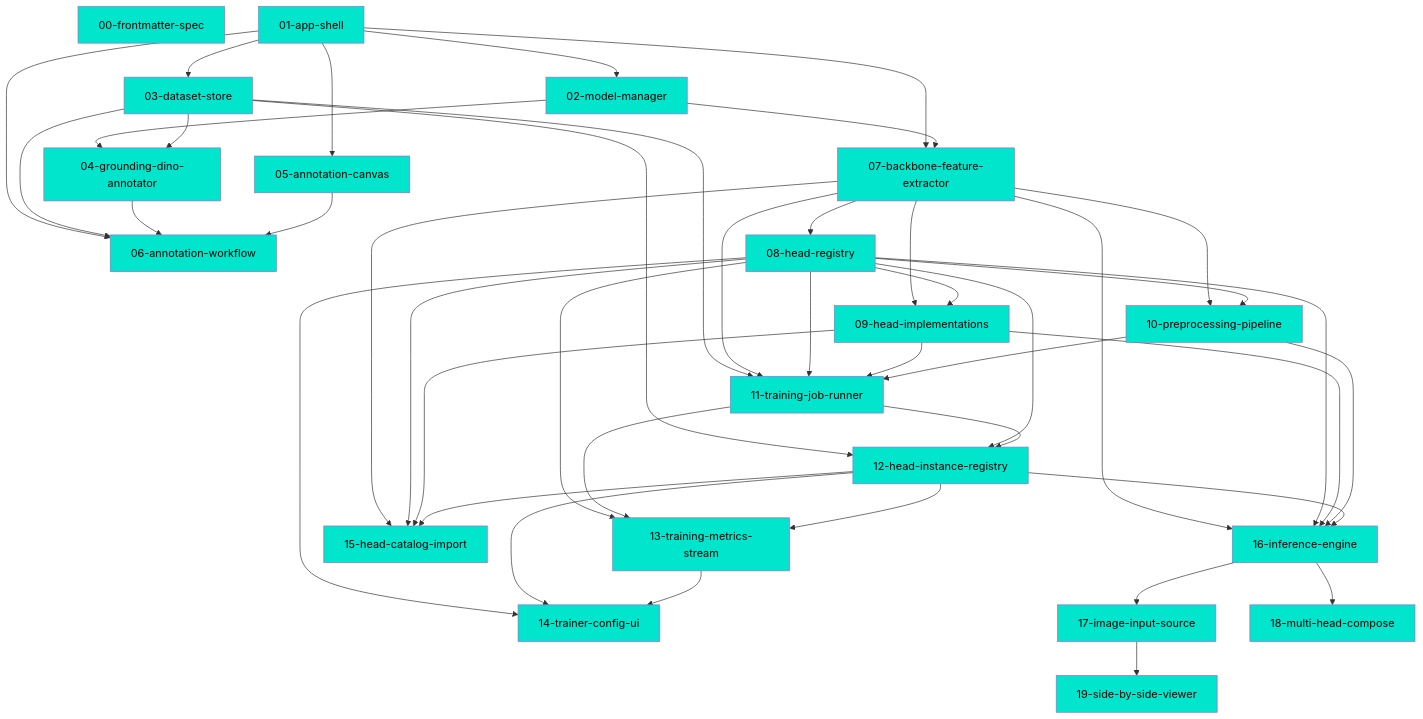
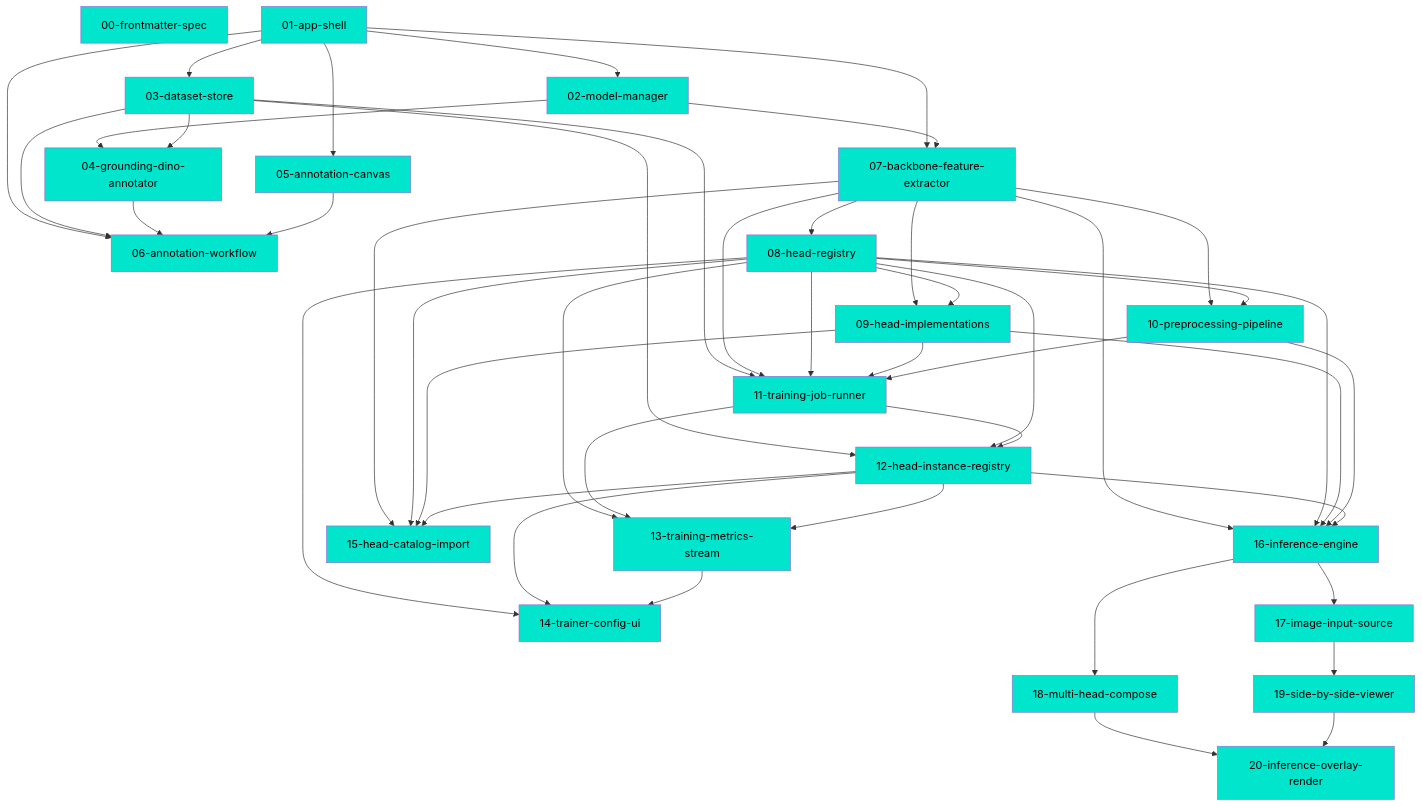
One commit to JanderHungrige/DinoTraining changed the diagram in .mdd/connections.md. Above: the diagram before and after it, drawn with Mermaid. The commit also changed other lines of this file and 20 other files, not shown here.

````diff
--- a/.mdd/connections.md
+++ b/.mdd/connections.md
@@ -52,69 +54,72 @@
 ```mermaid
 graph TD
     D00["00-frontmatter-spec"]:::complete
     D01["01-app-shell"]:::complete
     D02["02-model-manager"]:::complete
     D03["03-dataset-store"]:::complete
     D04["04-grounding-dino-annotator"]:::complete
     D05["05-annotation-canvas"]:::complete
     D06["06-annotation-workflow"]:::complete
     D07["07-backbone-feature-extractor"]:::complete
     D08["08-head-registry"]:::complete
     D09["09-head-implementations"]:::complete
     D10["10-preprocessing-pipeline"]:::complete
     D11["11-training-job-runner"]:::complete
     D12["12-head-instance-registry"]:::complete
     D13["13-training-metrics-stream"]:::complete
     D14["14-trainer-config-ui"]:::complete
     D15["15-head-catalog-import"]:::complete
     D16["16-inference-engine"]:::complete
     D17["17-image-input-source"]:::complete
     D18["18-multi-head-compose"]:::complete
     D19["19-side-by-side-viewer"]:::complete
+    D20["20-inference-overlay-render"]:::complete
     D01 --> D02
     D01 --> D03
     D02 --> D04
     D03 --> D04
     D01 --> D05
     D01 --> D06
     D03 --> D06
     D04 --> D06
     D05 --> D06
     D01 --> D07
     D02 --> D07
     D07 --> D08
     D07 --> D09
     D08 --> D09
     D07 --> D10
     D08 --> D10
     D03 --> D11
     D07 --> D11
     D08 --> D11
     D09 --> D11
     D10 --> D11
     D03 --> D12
     D08 --> D12
     D11 --> D12
     D08 --> D13
     D11 --> D13
     D12 --> D13
     D08 --> D14
     D12 --> D14
     D13 --> D14
     D07 --> D15
     D08 --> D15
     D09 --> D15
     D12 --> D15
     D07 --> D16
     D08 --> D16
     D09 --> D16
     D10 --> D16
     D12 --> D16
     D16 --> D17
     D16 --> D18
     D17 --> D19
+    D18 --> D20
+    D19 --> D20
     classDef complete fill:#00e5cc,color:#000
     classDef in_progress fill:#ffaa00,color:#000
     classDef draft fill:#888,color:#fff
     classDef deprecated fill:#555,color:#aaa
 ```
````
